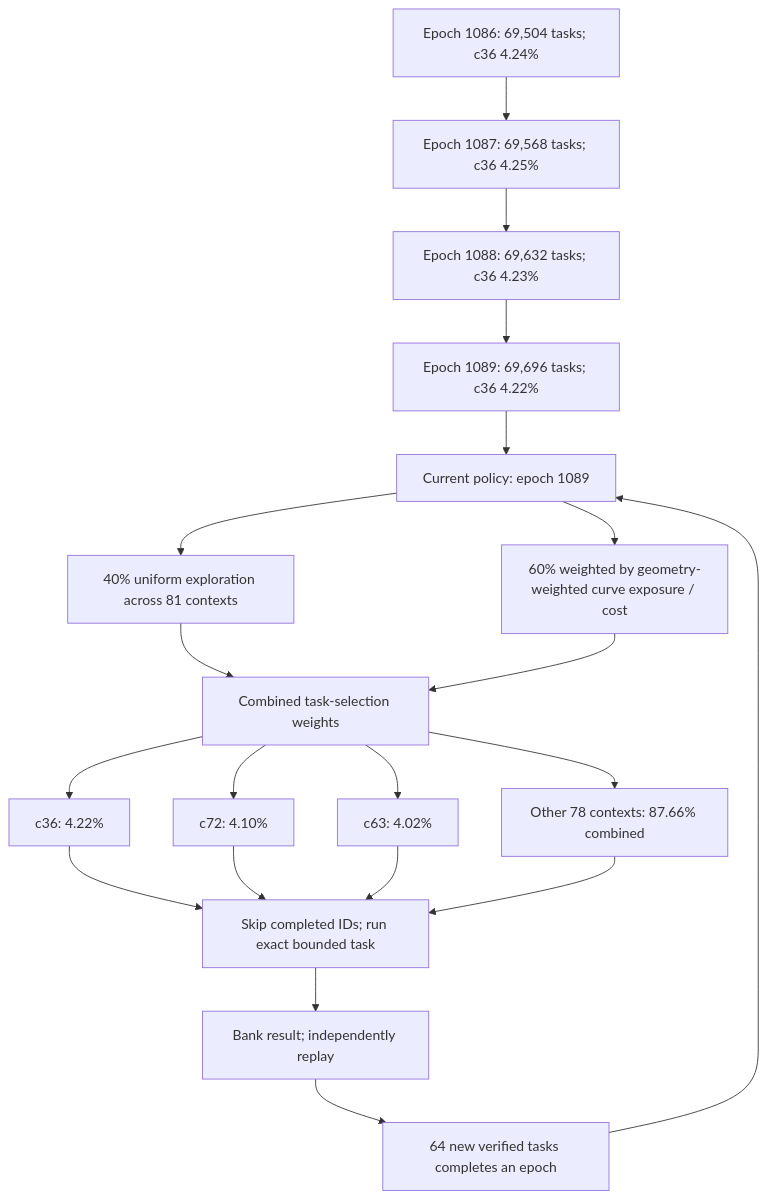
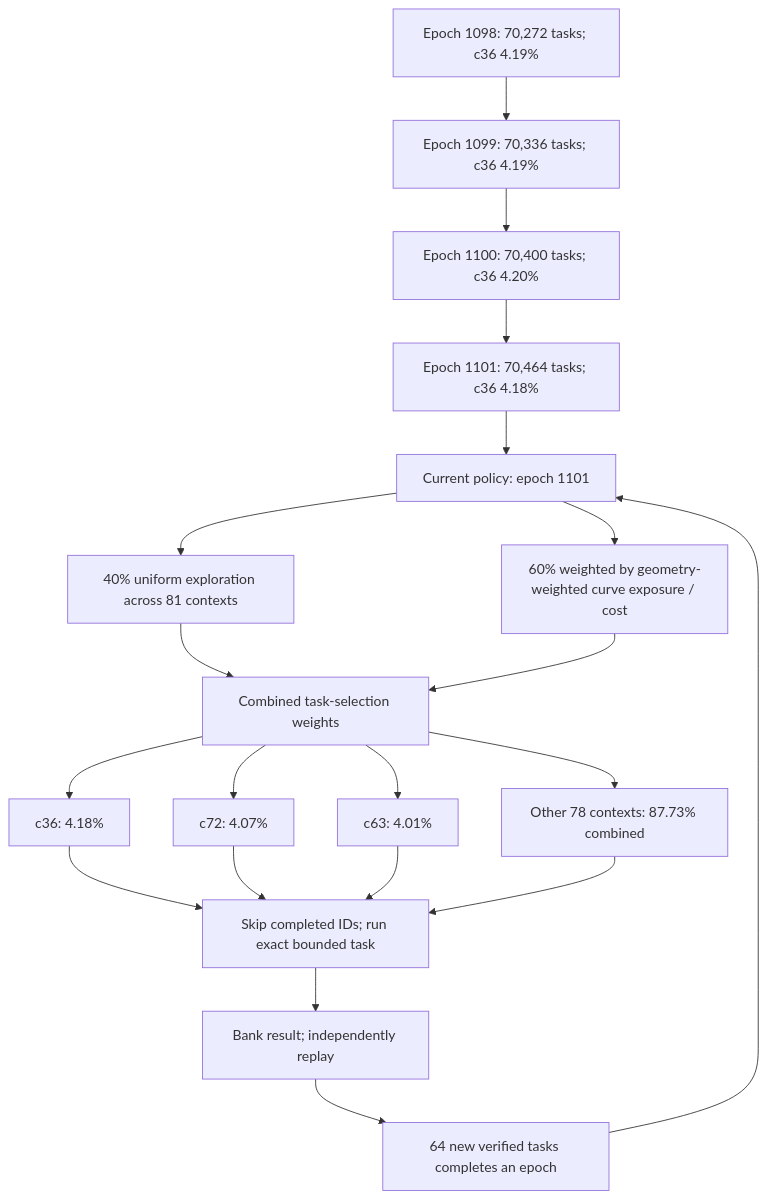
Before and after one commit to Kuberwastaken/math-gambling: the first of 3 diagrams in README.md, drawn with Mermaid. The commit also changed other lines of this file and 1634 other files, not shown here.

````diff
--- a/README.md
+++ b/README.md
@@ -55,27 +55,27 @@
 ```mermaid
 flowchart TD
-    H0["Epoch 1086: 69,504 tasks; c36 4.24%"]
-    H1["Epoch 1087: 69,568 tasks; c36 4.25%"]
+    H0["Epoch 1098: 70,272 tasks; c36 4.19%"]
+    H1["Epoch 1099: 70,336 tasks; c36 4.19%"]
     H0 --> H1
-    H2["Epoch 1088: 69,632 tasks; c36 4.23%"]
+    H2["Epoch 1100: 70,400 tasks; c36 4.20%"]
     H1 --> H2
-    H3["Epoch 1089: 69,696 tasks; c36 4.22%"]
+    H3["Epoch 1101: 70,464 tasks; c36 4.18%"]
     H2 --> H3
-    Policy["Current policy: epoch 1089"]
+    Policy["Current policy: epoch 1101"]
     H3 --> Policy
     Policy --> Explore["40% uniform exploration across 81 contexts"]
     Policy --> Cost["60% weighted by geometry-weighted curve exposure / cost"]
     Explore --> Mix["Combined task-selection weights"]
     Cost --> Mix
-    Mix --> C0["c36: 4.22%"]
-    Mix --> C1["c72: 4.10%"]
-    Mix --> C2["c63: 4.02%"]
-    Mix --> Rest["Other 78 contexts: 87.66% combined"]
+    Mix --> C0["c36: 4.18%"]
+    Mix --> C1["c72: 4.07%"]
+    Mix --> C2["c63: 4.01%"]
+    Mix --> Rest["Other 78 contexts: 87.73% combined"]
     C0 --> Check["Skip completed IDs; run exact bounded task"]
     C1 --> Check
     C2 --> Check
     Rest --> Check
     Check --> Replay["Bank result; independently replay"]
     Replay --> Gate["64 new verified tasks completes an epoch"]
     Gate --> Policy
 ```
````
